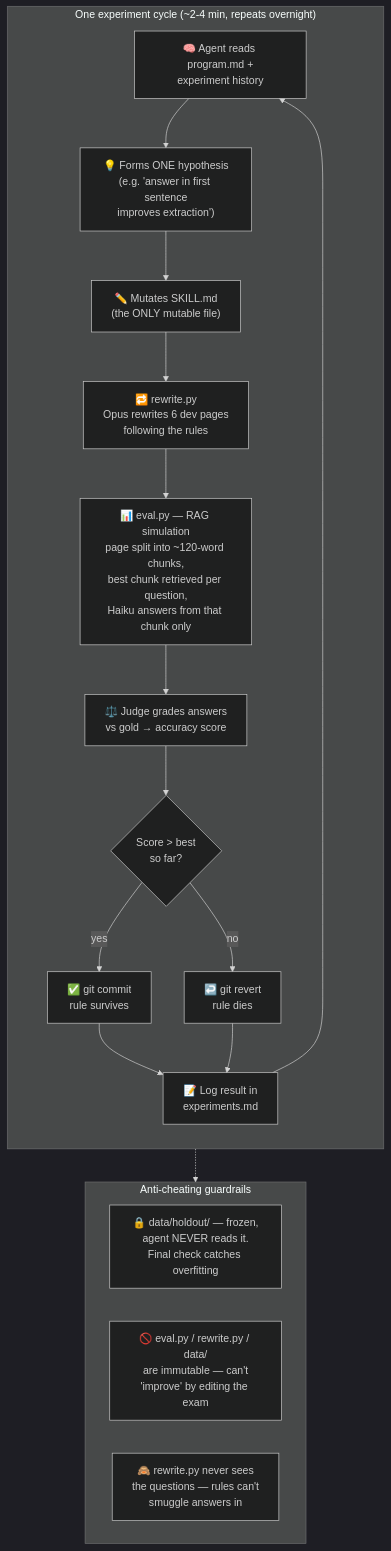
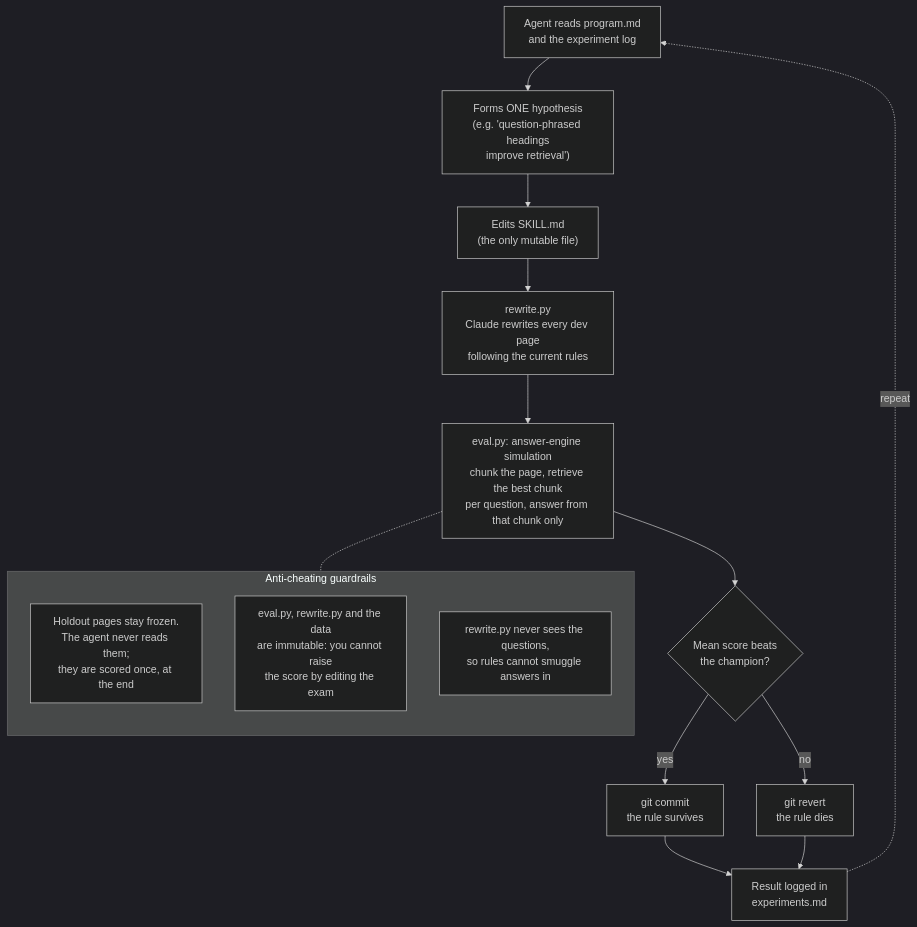
Before and after one commit to Kpradof/self-improving-aeo-skill: the diagram in README.md, drawn with Mermaid (dark theme). The commit also changed other lines of this file, not shown here.

Commit message:
README: add run 1 and 2 results, clean mermaid diagram, note on private real-page corpus

````diff
--- a/README.md
+++ b/README.md
@@ -9,25 +9,22 @@
 ```mermaid
 flowchart TB
-    subgraph loop["One experiment cycle (~2-4 min, repeats overnight)"]
+    A["Agent reads program.md<br/>and the experiment log"] --> B["Forms ONE hypothesis<br/>(e.g. 'question-phrased headings<br/>improve retrieval')"]
+    B --> C["Edits SKILL.md<br/>(the only mutable file)"]
+    C --> D["rewrite.py<br/>Claude rewrites every dev page<br/>following the current rules"]
+    D --> E["eval.py: answer-engine simulation<br/>chunk the page, retrieve the best chunk<br/>per question, answer from that chunk only"]
+    E --> F{"Mean score beats<br/>the champion?"}
+    F -->|yes| G["git commit<br/>the rule survives"]
+    F -->|no| H["git revert<br/>the rule dies"]
+    G --> I["Result logged in<br/>experiments.md"]
+    H --> I
+    I -.->|repeat| A
+
+    subgraph guardrails["Anti-cheating guardrails"]
         direction TB
-        A["🧠 Agent reads program.md +\nexperiment history"] --> B["💡 Forms ONE hypothesis\n(e.g. 'answer in first sentence\nimproves extraction')"]
-        B --> C["✏️ Mutates SKILL.md\n(the ONLY mutable file)"]
-        C --> D["🔁 rewrite.py\nOpus rewrites 6 dev pages\nfollowing the rules"]
-        D --> E["📊 eval.py — RAG simulation\npage split into ~120-word chunks,\nbest chunk retrieved per question,\nHaiku answers from that chunk only"]
-        E --> F["⚖️ Judge grades answers\nvs gold → accuracy score"]
-        F --> G{"Score > best\nso far?"}
-        G -- "yes" --> H["✅ git commit\nrule survives"]
-        G -- "no" --> I["↩️ git revert\nrule dies"]
-        H --> J["📝 Log result in\nexperiments.md"]
-        I --> J
-        J --> A
+        K["Holdout pages stay frozen.<br/>The agent never reads them;<br/>they are scored once, at the end"]
+        L["eval.py, rewrite.py and the data<br/>are immutable: you cannot raise<br/>the score by editing the exam"]
+        M["rewrite.py never sees the questions,<br/>so rules cannot smuggle answers in"]
     end
 
-    subgraph guards["Anti-cheating guardrails"]
-        K["🔒 data/holdout/ — frozen,\nagent NEVER reads it.\nFinal check catches overfitting"]
-        L["🚫 eval.py / rewrite.py / data/\nare immutable — can't\n'improve' by editing the exam"]
-        M["🙈 rewrite.py never sees\nthe questions — rules can't\nsmuggle answers in"]
-    end
-
-    loop -.-> guards
+    E -.- guardrails
 ```
````
